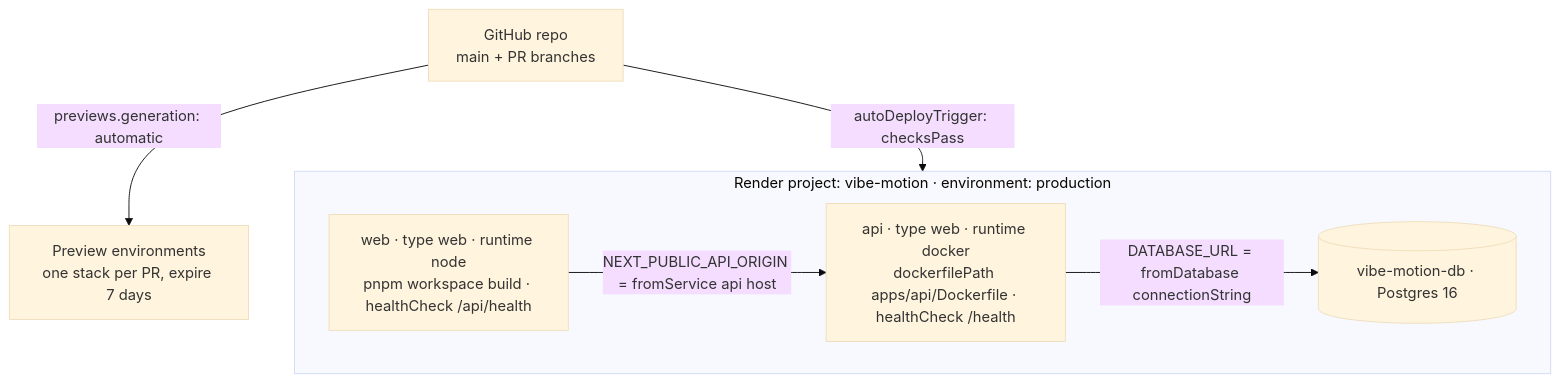
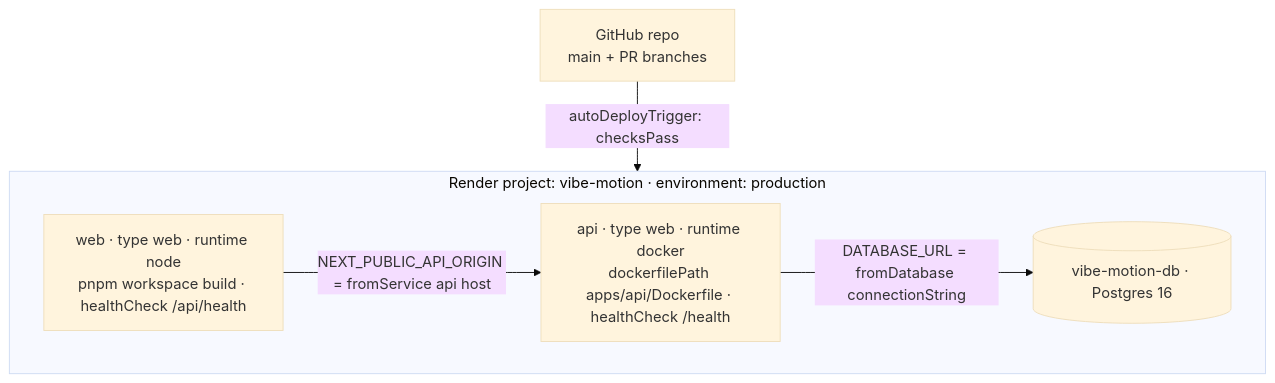
Diagram 12 of 12 in docs/architecture.md (ludaxkris/vibe_motion), drawn with Mermaid (base theme) before and after one commit. The commit also changed other lines of this file and 2 other files, not shown here.

Commit message:
chore(render): turn PR preview environments off (#9)
Every PR (docs-only included) was provisioning web + api + Postgres.
e2e moves to a local Docker stack (DT-076). Docs aligned.

````diff
--- a/docs/architecture.md
+++ b/docs/architecture.md
@@ -283,14 +283,12 @@
 ```mermaid
 flowchart TB
   gh["GitHub repo<br/>main + PR branches"]
   subgraph prod["Render project: vibe-motion · environment: production"]
     web["web · type web · runtime node<br/>pnpm workspace build · healthCheck /api/health"]
     api["api · type web · runtime docker<br/>dockerfilePath apps/api/Dockerfile · healthCheck /health"]
     db[("vibe-motion-db · Postgres 16")]
     web -->|"NEXT_PUBLIC_API_ORIGIN = fromService api host"| api
     api -->|"DATABASE_URL = fromDatabase connectionString"| db
   end
-  preview["Preview environments<br/>one stack per PR, expire 7 days"]
   gh -->|"autoDeployTrigger: checksPass"| prod
-  gh -->|"previews.generation: automatic"| preview
 ```
````
